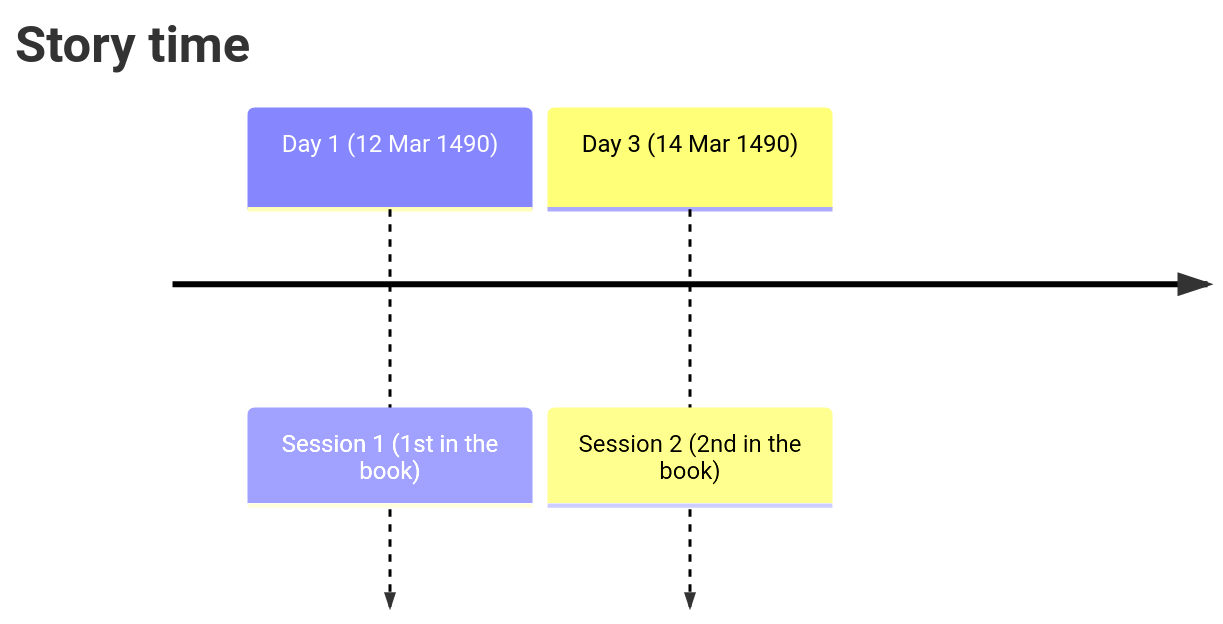
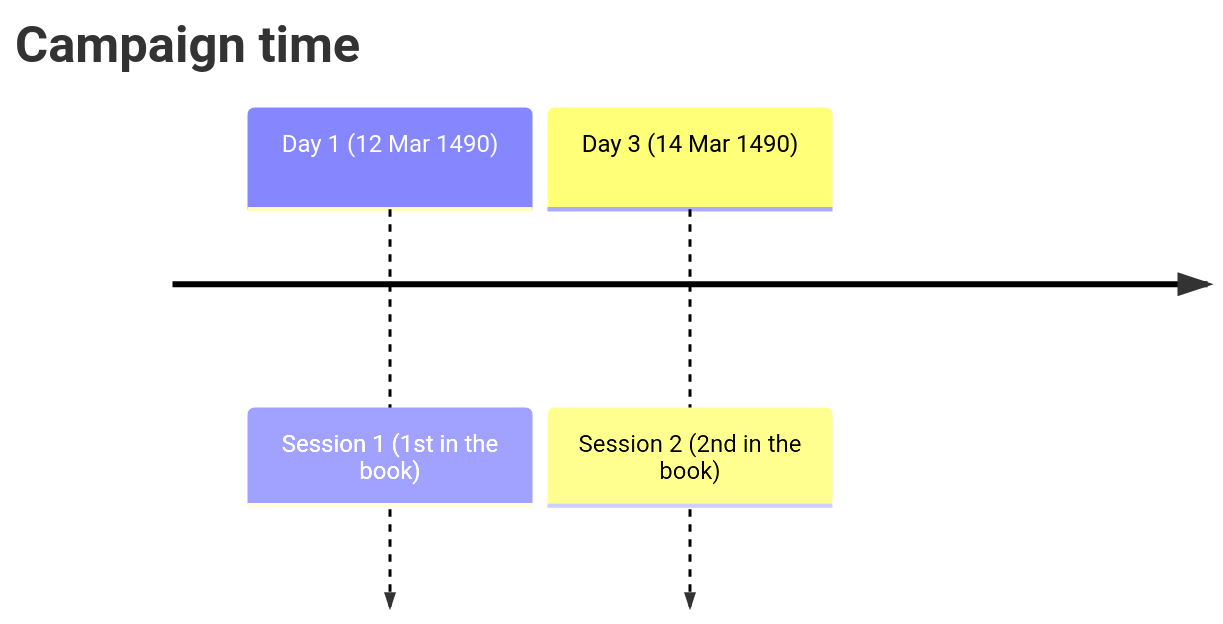
The third of 3 diagrams in examples/sample-campaign/diagrams/README.md (heffrey78/writer), drawn with Mermaid before and after one commit. The commit also changed other lines of this file and 72 other files, not shown here.

First line of the commit message:
A journal, a campaign and a non-fiction book no longer say story or scene

````diff
--- a/examples/sample-campaign/diagrams/README.md
+++ b/examples/sample-campaign/diagrams/README.md
@@ -59,6 +59,6 @@
 ```mermaid
 timeline
-  title Story time
+  title Campaign time
   Day 1 (12 Mar 1490) : Session 1 (1st in the book)
   Day 3 (14 Mar 1490) : Session 2 (2nd in the book)
 ```
````
